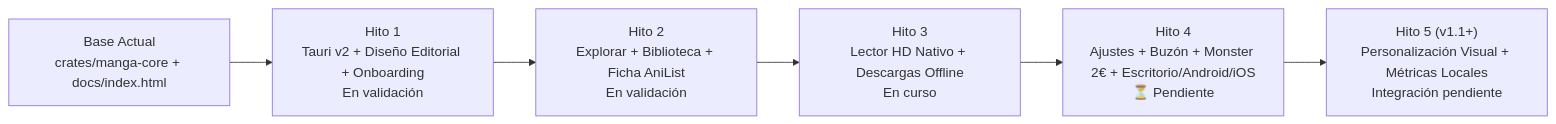
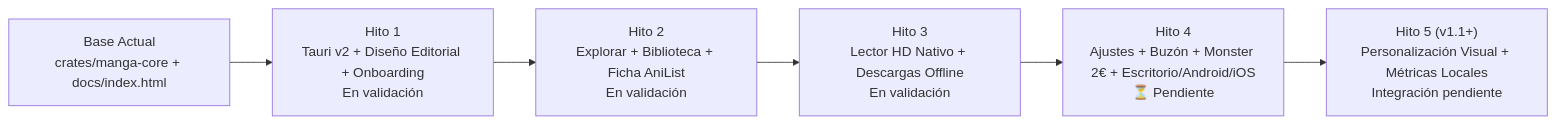
Before and after one commit to tomahawk1103/manga-tui: the diagram in MANGORA_ROADMAP.md, drawn with Mermaid. The commit also changed other lines of this file and 13 other files, not shown here.

````diff
--- a/MANGORA_ROADMAP.md
+++ b/MANGORA_ROADMAP.md
@@ -12,11 +12,11 @@
 ```mermaid
 flowchart LR
     Base["Base Actual<br/>crates/manga-core + docs/index.html"]
     H1["Hito 1<br/>Tauri v2 + Diseño Editorial + Onboarding<br/>En validación"]
     H2["Hito 2<br/>Explorar + Biblioteca + Ficha AniList<br/>En validación"]
-    H3["Hito 3<br/>Lector HD Nativo + Descargas Offline<br/>En curso"]
+    H3["Hito 3<br/>Lector HD Nativo + Descargas Offline<br/>En validación"]
     H4["Hito 4<br/>Ajustes + Buzón + Monster 2€ + Escritorio/Android/iOS<br/>⏳ Pendiente"]
     H5["Hito 5 (v1.1+)<br/>Personalización Visual + Métricas Locales<br/>Integración pendiente"]
 
     Base --> H1 --> H2 --> H3 --> H4 --> H5
 ```
````
